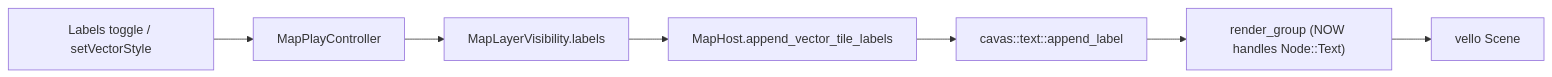
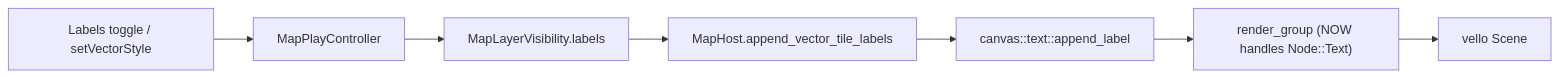
Before and after one commit to usalu/semio: the diagram in .cursor/plans/map_vector_tile_labels_c099c62c.plan.md, drawn with Mermaid. The commit also changed other lines of this file and 578 other files, not shown here.

````diff
--- a/.cursor/plans/map_vector_tile_labels_c099c62c.plan.md
+++ b/.cursor/plans/map_vector_tile_labels_c099c62c.plan.md
@@ -76,9 +76,9 @@
 ```mermaid
 flowchart LR
   toggle["Labels toggle / setVectorStyle"] --> ctrl[MapPlayController]
   ctrl --> vis["MapLayerVisibility.labels"]
   vis --> wasm["MapHost.append_vector_tile_labels"]
-  wasm --> appendLabel["cavas::text::append_label"]
+  wasm --> appendLabel["canvas::text::append_label"]
   appendLabel --> renderGroup["render_group (NOW handles Node::Text)"]
   renderGroup --> scene[vello Scene]
 ```
````
